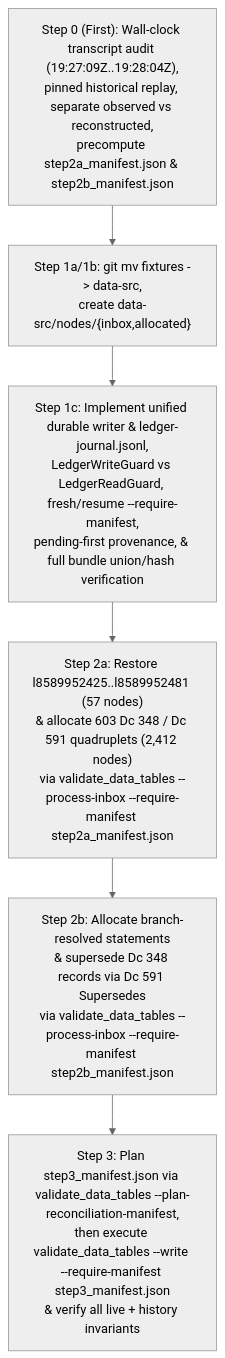
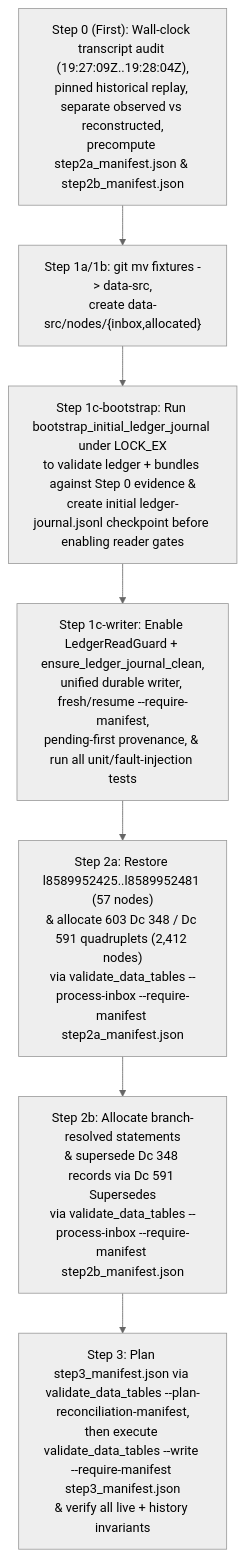
One commit to collectivetoolbox/collectivetoolbox changed the diagram in docs/chats/2026-10-31-duplicate-node-recovery.md. Above: the diagram before and after it, drawn with Mermaid (neutral theme). The commit also changed other lines of this file, not shown here.

````diff
--- a/docs/chats/2026-10-31-duplicate-node-recovery.md
+++ b/docs/chats/2026-10-31-duplicate-node-recovery.md
@@ -108,8 +126,9 @@
 ```mermaid
 flowchart TD
     S0["Step 0 (First): Wall-clock transcript audit (19:27:09Z..19:28:04Z),\npinned historical replay, separate observed vs reconstructed,\nprecompute step2a_manifest.json & step2b_manifest.json"] --> S1A["Step 1a/1b: git mv fixtures -> data-src,\ncreate data-src/nodes/{inbox,allocated}"]
-    S1A --> S1C["Step 1c: Implement unified durable writer & ledger-journal.jsonl,\nLedgerWriteGuard vs LedgerReadGuard, fresh/resume --require-manifest,\npending-first provenance, & full bundle union/hash verification"]
-    S1C --> S2A["Step 2a: Restore l8589952425..l8589952481 (57 nodes)\n& allocate 603 Dc 348 / Dc 591 quadruplets (2,412 nodes)\nvia validate_data_tables --process-inbox --require-manifest step2a_manifest.json"]
+    S1A --> S1C1["Step 1c-bootstrap: Run bootstrap_initial_ledger_journal under LOCK_EX\nto validate ledger + bundles against Step 0 evidence &\ncreate initial ledger-journal.jsonl checkpoint before enabling reader gates"]
+    S1C1 --> S1C2["Step 1c-writer: Enable LedgerReadGuard + ensure_ledger_journal_clean,\nunified durable writer, fresh/resume --require-manifest,\npending-first provenance, & run all unit/fault-injection tests"]
+    S1C2 --> S2A["Step 2a: Restore l8589952425..l8589952481 (57 nodes)\n& allocate 603 Dc 348 / Dc 591 quadruplets (2,412 nodes)\nvia validate_data_tables --process-inbox --require-manifest step2a_manifest.json"]
     S2A --> S2B["Step 2b: Allocate branch-resolved statements\n& supersede Dc 348 records via Dc 591 Supersedes\nvia validate_data_tables --process-inbox --require-manifest step2b_manifest.json"]
     S2B --> S3["Step 3: Plan step3_manifest.json via validate_data_tables --plan-reconciliation-manifest,\nthen execute validate_data_tables --write --require-manifest step3_manifest.json\n& verify all live + history invariants"]
 ```
````
